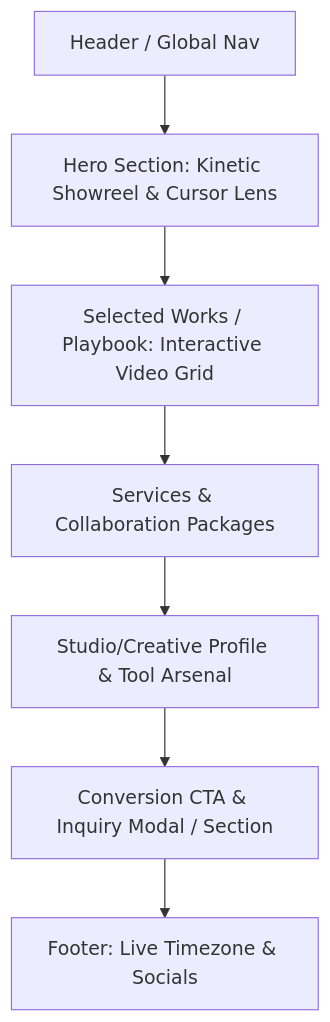
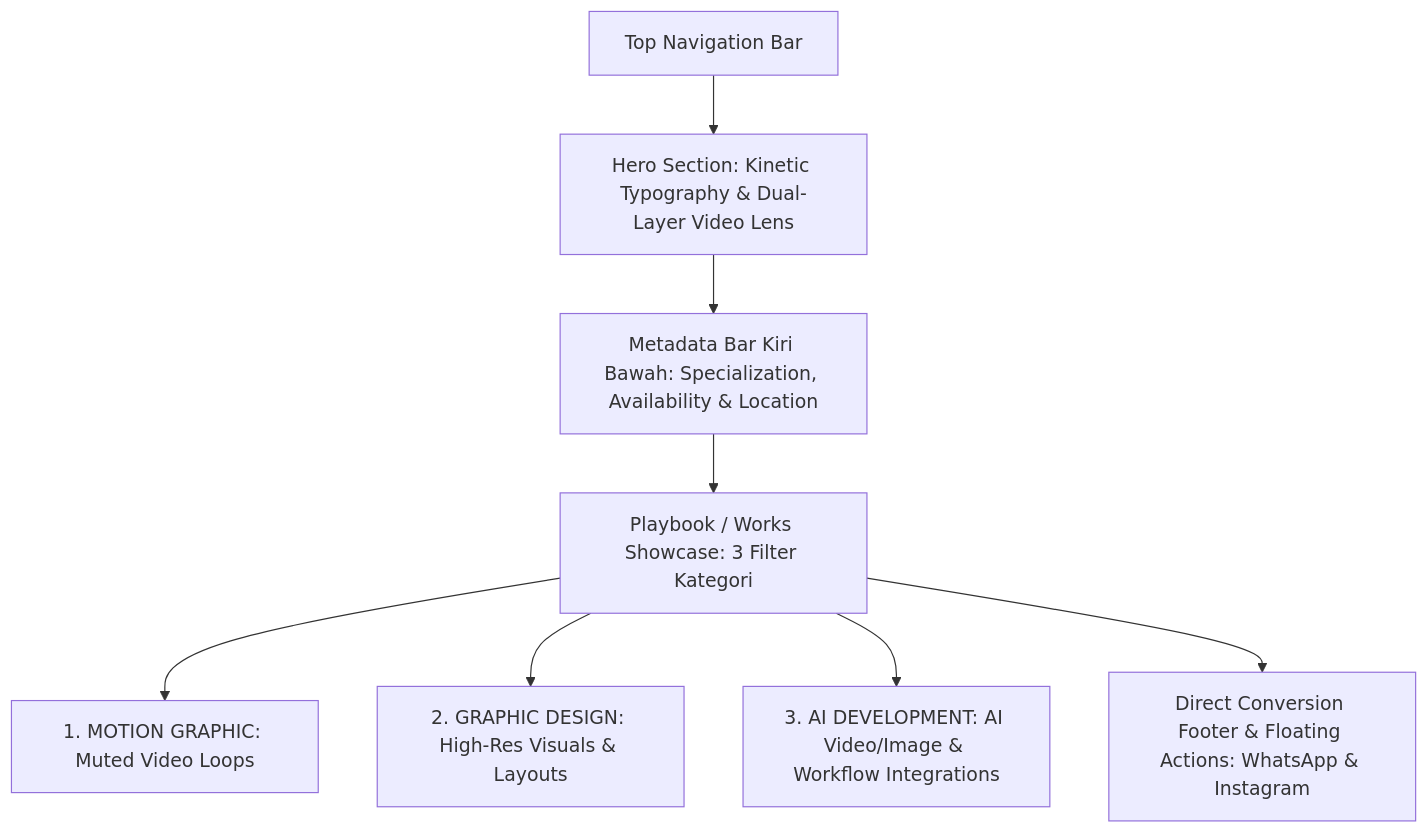
Before and after one commit to draawijaya08-bot/draamotionnn: the first of 2 diagrams in specs/01-data-architecture.md, drawn with Mermaid. The commit also changed other lines of this file and 10 other files, not shown here.

Commit message:
feat: initialize portfolio core architecture, types, and specs for Indra Wijaya motion design website

````diff
--- a/specs/01-data-architecture.md
+++ b/specs/01-data-architecture.md
@@ -13,9 +14,10 @@
 ```mermaid
 graph TD
-    A[Header / Global Nav] --> B[Hero Section: Kinetic Showreel & Cursor Lens]
-    B --> C[Selected Works / Playbook: Interactive Video Grid]
-    C --> D[Services & Collaboration Packages]
-    D --> E[Studio/Creative Profile & Tool Arsenal]
-    E --> F[Conversion CTA & Inquiry Modal / Section]
-    F --> G[Footer: Live Timezone & Socials]
+    A[Top Navigation Bar] --> B[Hero Section: Kinetic Typography & Dual-Layer Video Lens]
+    B --> C[Metadata Bar Kiri Bawah: Specialization, Availability & Location]
+    C --> D[Playbook / Works Showcase: 3 Filter Kategori]
+    D --> D1[1. MOTION GRAPHIC: Muted Video Loops]
+    D --> D2[2. GRAPHIC DESIGN: High-Res Visuals & Layouts]
+    D --> D3[3. AI DEVELOPMENT: AI Video/Image & Workflow Integrations]
+    D --> E[Direct Conversion Footer & Floating Actions: WhatsApp & Instagram]
 ```
````
